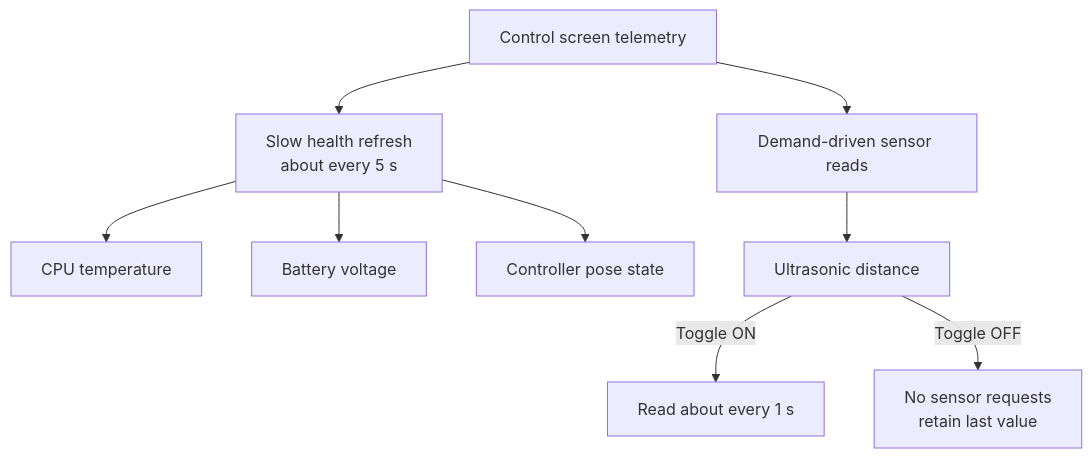
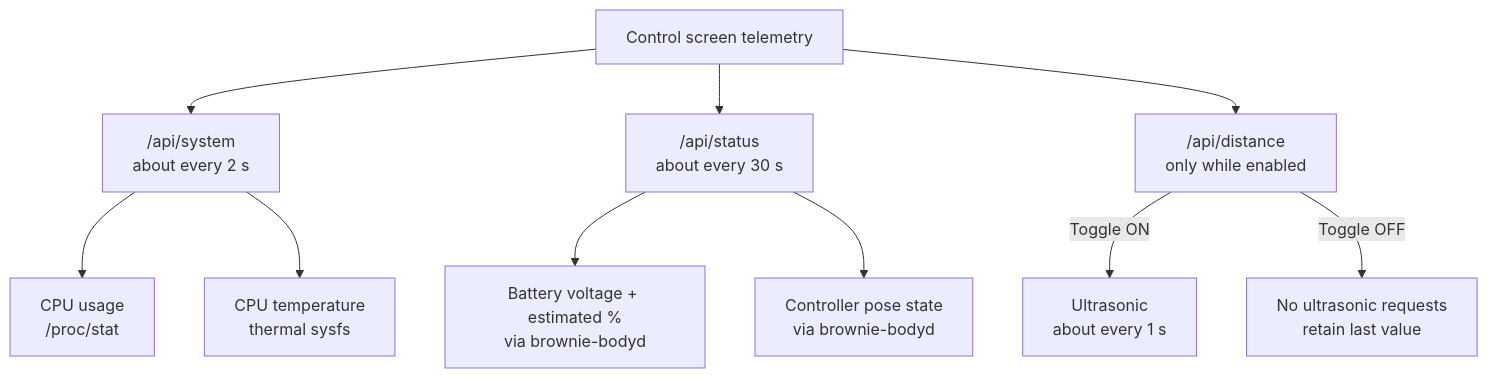
Before and after one commit to josephpranu619/brownie_the_pidog: the ninth of 11 diagrams in architecture/web-control.md, drawn with Mermaid. The commit also changed other lines of this file, not shown here.

Commit message:
docs: define telemetry refresh and ephemeral state policy

````diff
--- a/architecture/web-control.md
+++ b/architecture/web-control.md
@@ -142,14 +142,16 @@
 ```mermaid
 flowchart TD
     UI[Control screen telemetry]
-    UI --> Slow["Slow health refresh\nabout every 5 s"]
-    UI --> Demand["Demand-driven sensor reads"]
+    UI --> System["/api/system\nabout every 2 s"]
+    UI --> Robot["/api/status\nabout every 30 s"]
+    UI --> Demand["/api/distance\nonly while enabled"]
 
-    Slow --> CPU[CPU temperature]
-    Slow --> Battery[Battery voltage]
-    Slow --> Pose[Controller pose state]
+    System --> CPUUsage["CPU usage\n/proc/stat"]
+    System --> CPUTemp["CPU temperature\nthermal sysfs"]
 
-    Demand --> Distance[Ultrasonic distance]
-    Distance -->|Toggle ON| Poll["Read about every 1 s"]
-    Distance -->|Toggle OFF| Hold["No sensor requests\nretain last value"]
+    Robot --> Battery["Battery voltage + estimated %\nvia brownie-bodyd"]
+    Robot --> Pose["Controller pose state\nvia brownie-bodyd"]
+
+    Demand -->|Toggle ON| Distance["Ultrasonic\nabout every 1 s"]
+    Demand -->|Toggle OFF| Hold["No ultrasonic requests\nretain last value"]
 ```
````
